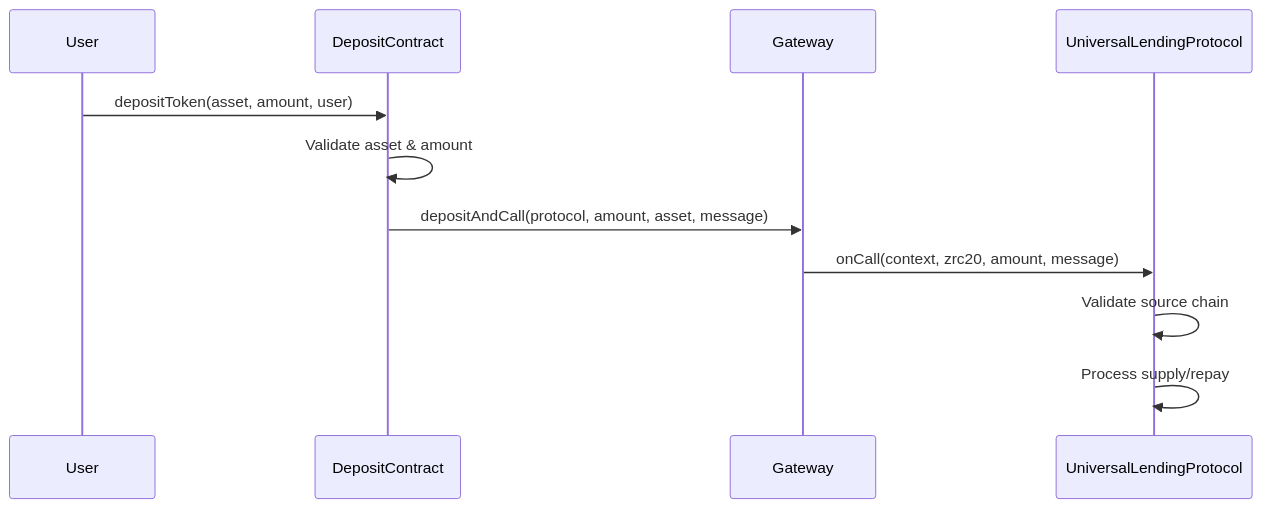
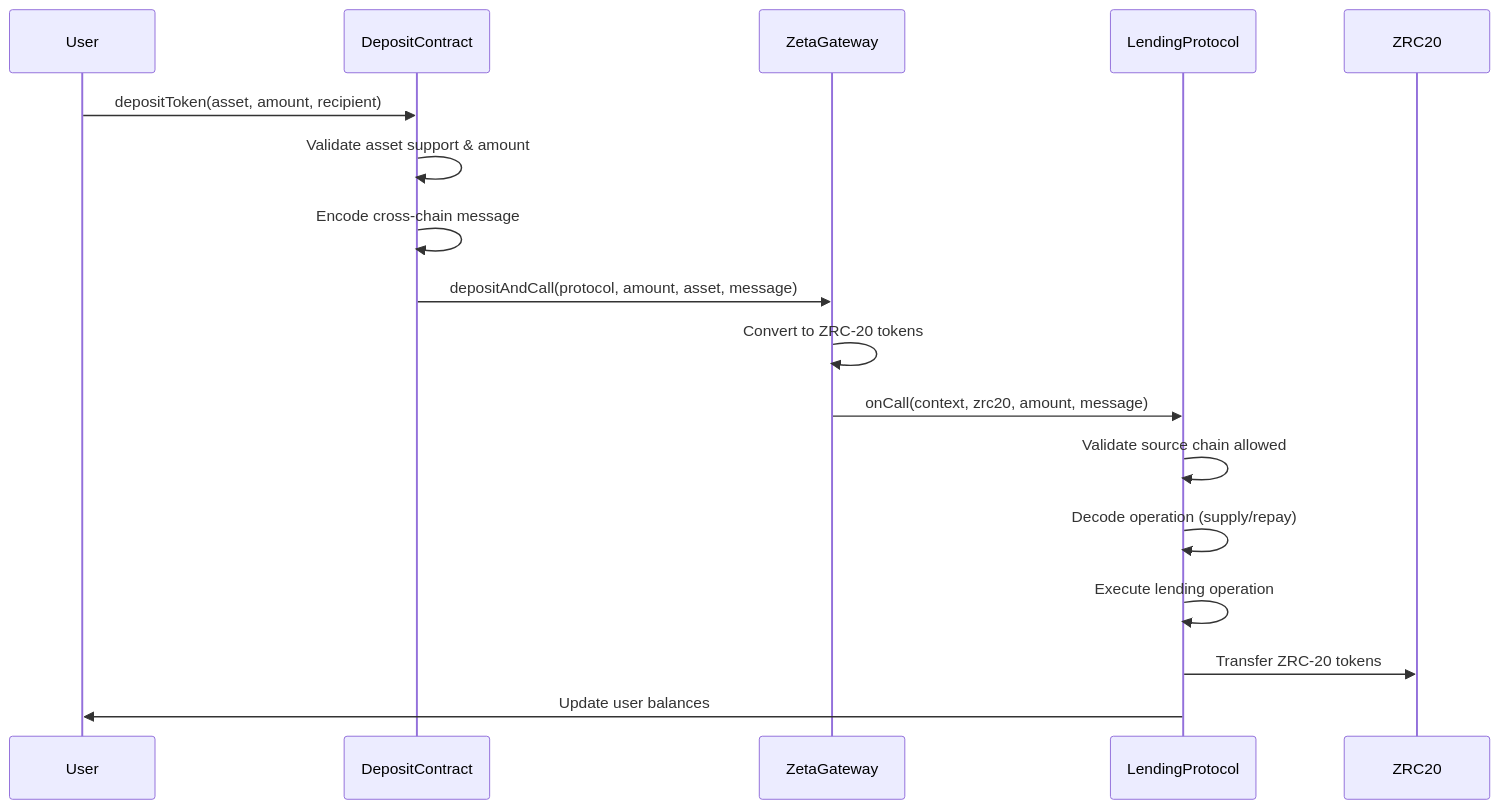
The first of 3 diagrams in lending-zeta/CROSS-CHAIN-LENDING.md (0xnicholasy/zeta-hackathon), drawn with Mermaid before and after one commit. The commit also changed other lines of this file and 31 other files, not shown here.

````diff
--- a/lending-zeta/CROSS-CHAIN-LENDING.md
+++ b/lending-zeta/CROSS-CHAIN-LENDING.md
@@ -66,14 +127,21 @@
 ```mermaid
 sequenceDiagram
     participant User
     participant DepositContract
-    participant Gateway
-    participant UniversalLendingProtocol
+    participant ZetaGateway
+    participant LendingProtocol
+    participant ZRC20
     
-    User->>DepositContract: depositToken(asset, amount, user)
-    DepositContract->>DepositContract: Validate asset & amount
-    DepositContract->>Gateway: depositAndCall(protocol, amount, asset, message)
-    Gateway->>UniversalLendingProtocol: onCall(context, zrc20, amount, message)
-    UniversalLendingProtocol->>UniversalLendingProtocol: Validate source chain
-    UniversalLendingProtocol->>UniversalLendingProtocol: Process supply/repay
+    User->>DepositContract: depositToken(asset, amount, recipient)
+    DepositContract->>DepositContract: Validate asset support & amount
+    DepositContract->>DepositContract: Encode cross-chain message
+    DepositContract->>ZetaGateway: depositAndCall(protocol, amount, asset, message)
+    
+    ZetaGateway->>ZetaGateway: Convert to ZRC-20 tokens
+    ZetaGateway->>LendingProtocol: onCall(context, zrc20, amount, message)
+    LendingProtocol->>LendingProtocol: Validate source chain allowed
+    LendingProtocol->>LendingProtocol: Decode operation (supply/repay)
+    LendingProtocol->>LendingProtocol: Execute lending operation
+    LendingProtocol->>ZRC20: Transfer ZRC-20 tokens
+    LendingProtocol->>User: Update user balances
 ```
````
